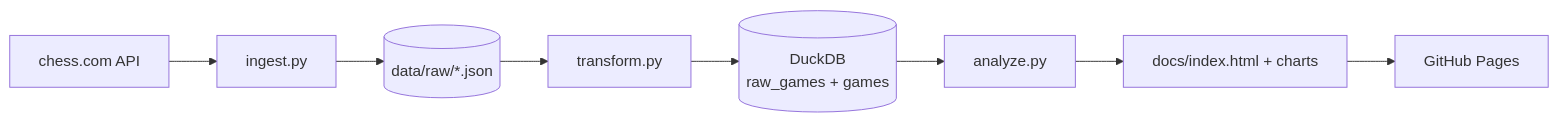
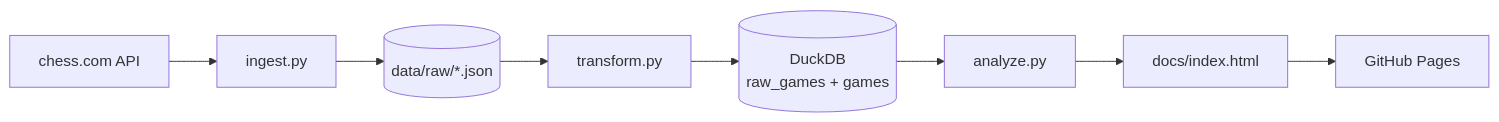
Before and after one commit to SammyBolger/chess-analytics: the diagram in README.md, drawn with Mermaid. The commit also changed other lines of this file, not shown here.

````diff
--- a/README.md
+++ b/README.md
@@ -39,10 +41,10 @@
 ```mermaid
 flowchart LR
   API[chess.com API] --> Ingest[ingest.py]
   Ingest --> Raw[(data/raw/*.json)]
   Raw --> Transform[transform.py]
   Transform --> DB[(DuckDB<br/>raw_games + games)]
   DB --> Analyze[analyze.py]
-  Analyze --> Docs[docs/index.html + charts]
+  Analyze --> Docs[docs/index.html]
   Docs --> Pages[GitHub Pages]
 ```
````
